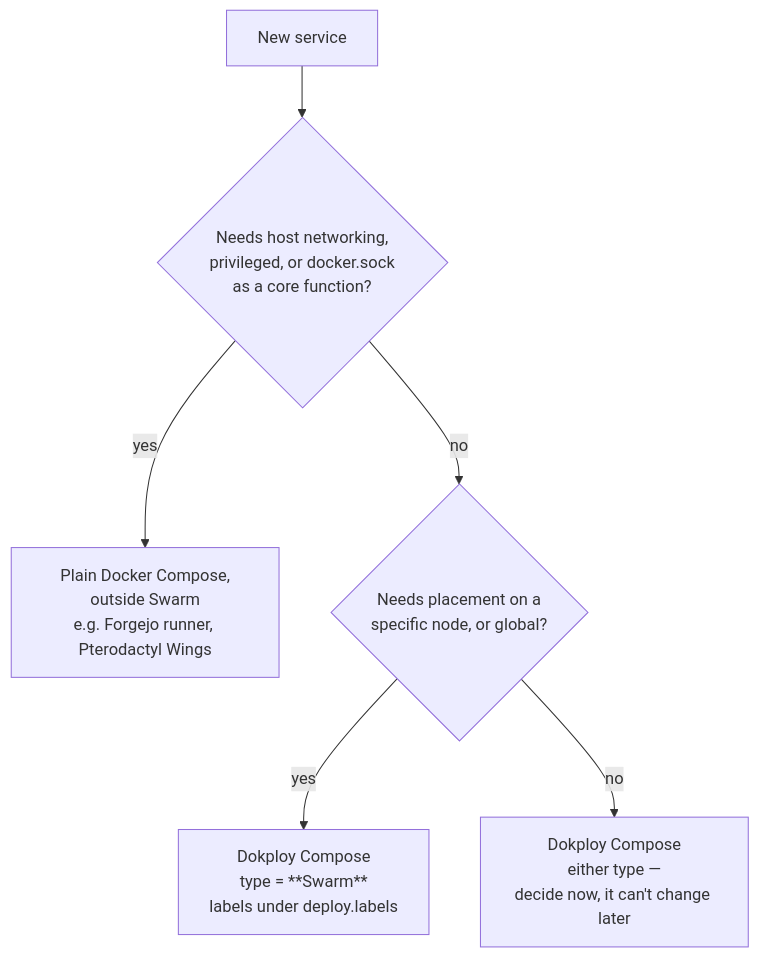
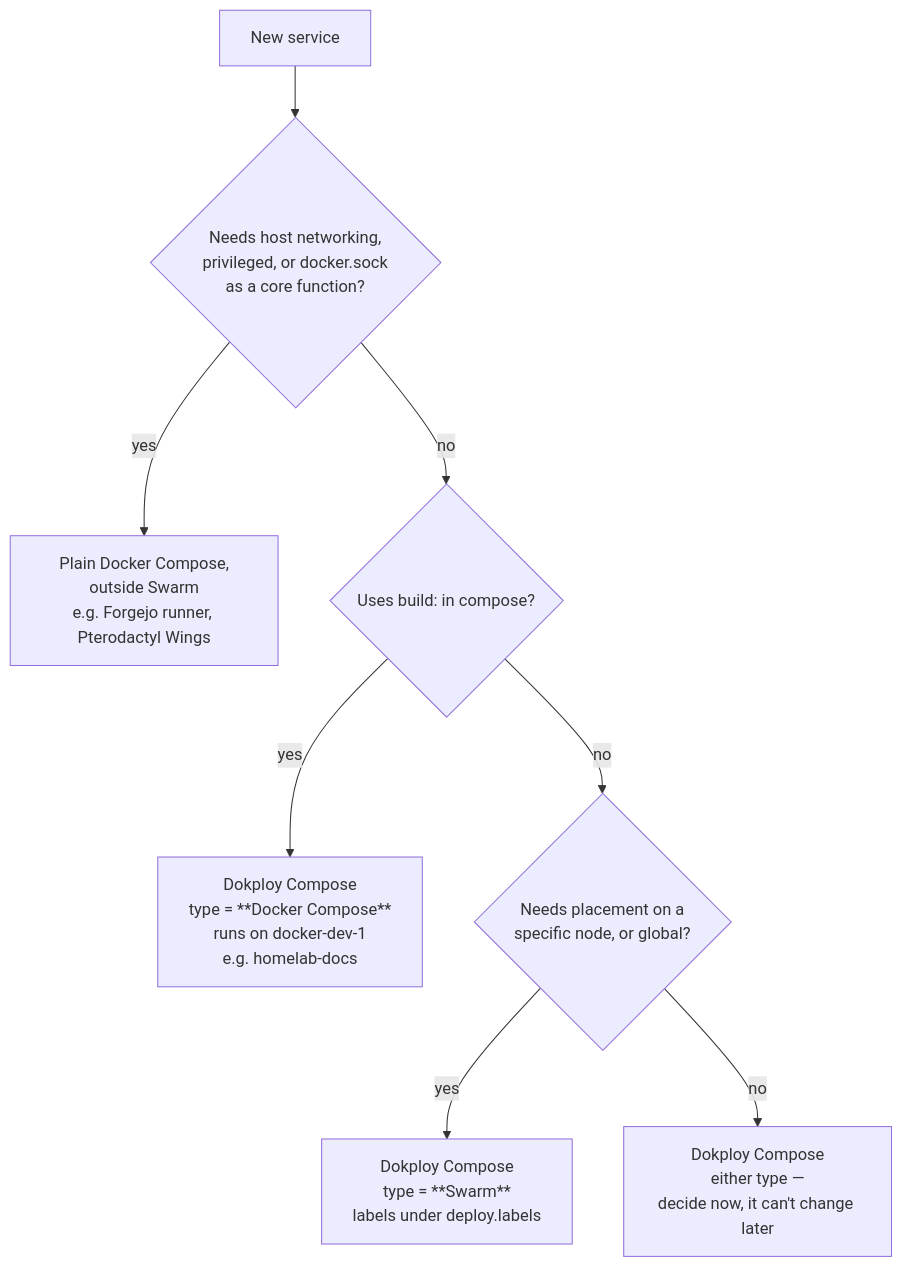
Before and after one commit to Cpinto0594/proxmox_scripts_tests: the second of 2 diagrams in dokploy/compose-files/projects/homelab/docs-zensical/docs/platforms/dokploy-swarm.md, drawn with Mermaid. The commit also changed other lines of this file and 24 other files, not shown here.

````diff
--- a/dokploy/compose-files/projects/homelab/docs-zensical/docs/platforms/dokploy-swarm.md
+++ b/dokploy/compose-files/projects/homelab/docs-zensical/docs/platforms/dokploy-swarm.md
@@ -17,8 +33,10 @@
 ```mermaid
 flowchart TD
     a[New service] --> b{Needs host networking,<br/>privileged, or docker.sock<br/>as a core function?}
     b -- yes --> c[Plain Docker Compose,<br/>outside Swarm<br/>e.g. Forgejo runner, Pterodactyl Wings]
-    b -- no --> d{Needs placement on a<br/>specific node, or global?}
+    b -- no --> g{Uses build: in compose?}
+    g -- yes --> h[Dokploy Compose<br/>type = **Docker Compose**<br/>runs on docker-dev-1<br/>e.g. homelab-docs]
+    g -- no --> d{Needs placement on a<br/>specific node, or global?}
     d -- yes --> e[Dokploy Compose<br/>type = **Swarm**<br/>labels under deploy.labels]
     d -- no --> f[Dokploy Compose<br/>either type —<br/>decide now, it can't change later]
 ```
````
